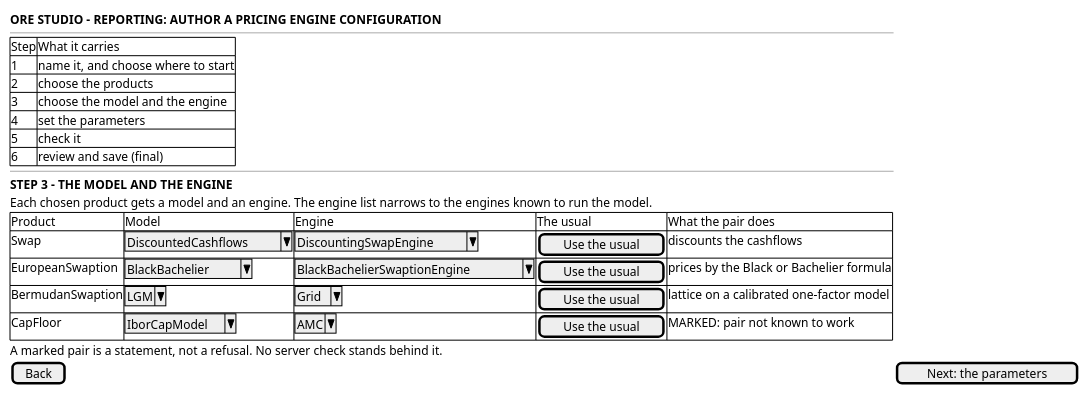
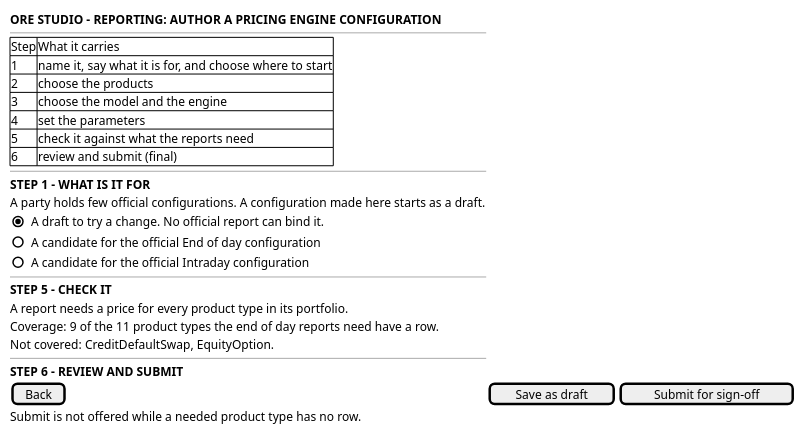
Before and after one commit to OreStudio/OreStudio: the diagram in doc/knowledge/journeys/reporting/wireframe_author_a_pricing_engine_configuration.puml, drawn with PlantUML. The commit also changed 31 other files, not shown here.

First line of the commit message:
[agile] Govern the pricing engine configurations

```diff
--- a/doc/knowledge/journeys/reporting/wireframe_author_a_pricing_engine_configuration.puml
+++ b/doc/knowledge/journeys/reporting/wireframe_author_a_pricing_engine_configuration.puml
@@ -18,30 +18,33 @@
 @startuml
 
 salt
 {
   <b>ORE STUDIO - REPORTING: AUTHOR A PRICING ENGINE CONFIGURATION</b>
   --
   {#
     Step | What it carries
-    1 | name it, and choose where to start
+    1 | name it, say what it is for, and choose where to start
     2 | choose the products
     3 | choose the model and the engine
     4 | set the parameters
-    5 | check it
-    6 | review and save (final)
+    5 | check it against what the reports need
+    6 | review and submit (final)
   }
   --
-  <b>STEP 3 - THE MODEL AND THE ENGINE</b>
-  Each chosen product gets a model and an engine. The engine list narrows to the engines known to run the model.
-  {#
-    Product | Model | Engine | The usual | What the pair does
-    Swap | ^DiscountedCashflows^ | ^DiscountingSwapEngine^ | [ Use the usual ] | discounts the cashflows
-    EuropeanSwaption | ^BlackBachelier^ | ^BlackBachelierSwaptionEngine^ | [ Use the usual ] | prices by the Black or Bachelier formula
-    BermudanSwaption | ^LGM^ | ^Grid^ | [ Use the usual ] | lattice on a calibrated one-factor model
-    CapFloor | ^IborCapModel^ | ^AMC^ | [ Use the usual ] | MARKED: pair not known to work
-  }
-  A marked pair is a statement, not a refusal. No server check stands behind it.
-  [ Back ] | [ Next: the parameters ]
+  <b>STEP 1 - WHAT IS IT FOR</b>
+  A party holds few official configurations. A configuration made here starts as a draft.
+  { (X) A draft to try a change. No official report can bind it. }
+  { ( ) A candidate for the official End of day configuration }
+  { ( ) A candidate for the official Intraday configuration }
+  --
+  <b>STEP 5 - CHECK IT</b>
+  A report needs a price for every product type in its portfolio.
+  Coverage: 9 of the 11 product types the end of day reports need have a row.
+  Not covered: CreditDefaultSwap, EquityOption.
+  --
+  <b>STEP 6 - REVIEW AND SUBMIT</b>
+  [ Back ] | [ Save as draft ] | [ Submit for sign-off ]
+  Submit is not offered while a needed product type has no row.
 }
 
 @enduml
```
